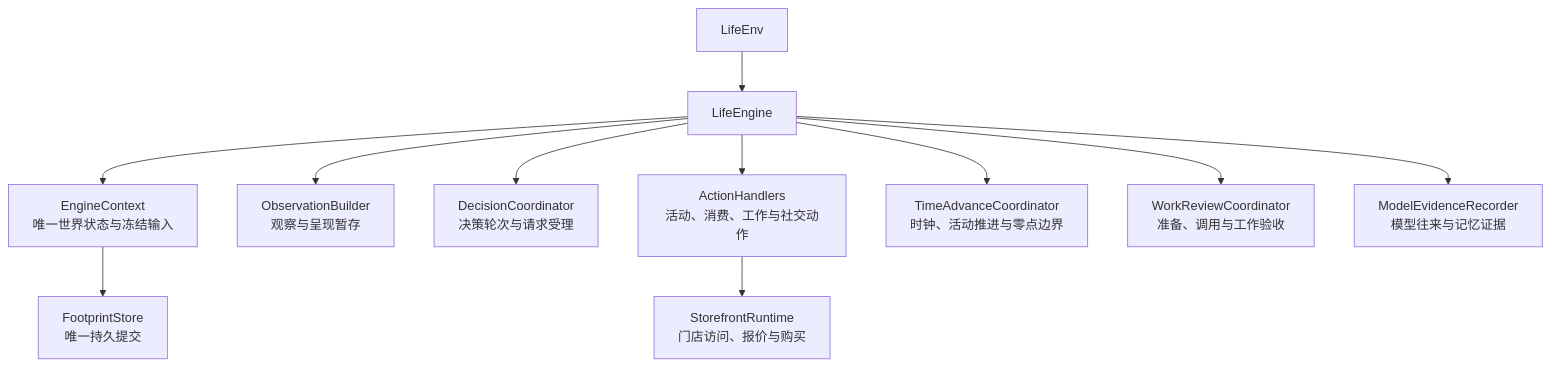
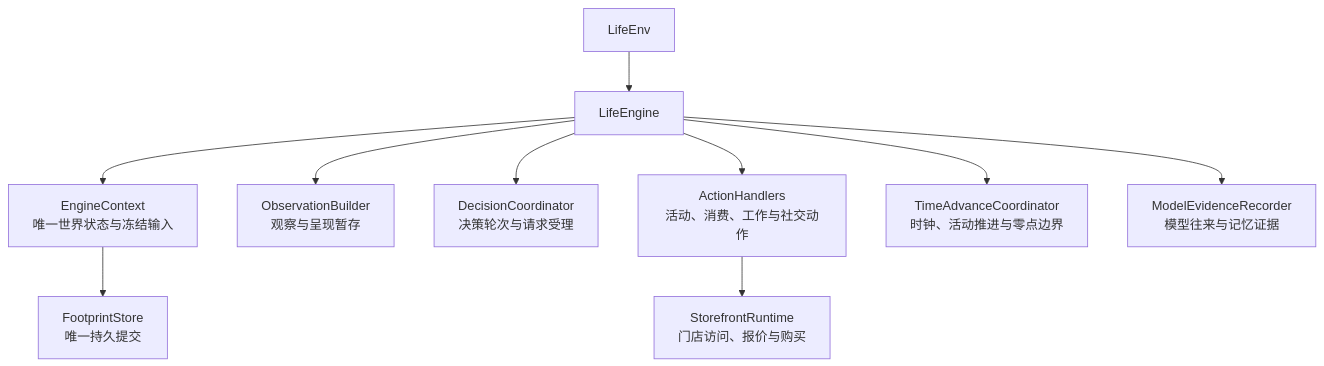
The second of 2 diagrams in docs/dev/SPEC-layering-and-test-tiers.md (HoldThatThgt/WorldMock), drawn with Mermaid before and after one commit. The commit also changed other lines of this file and 236 other files, not shown here.

````diff
--- a/docs/dev/SPEC-layering-and-test-tiers.md
+++ b/docs/dev/SPEC-layering-and-test-tiers.md
@@ -95,13 +97,12 @@
 ```mermaid
 flowchart TB
     ENV[LifeEnv] --> FACADE[LifeEngine]
     FACADE --> CONTEXT[EngineContext<br/>唯一世界状态与冻结输入]
     FACADE --> OBS[ObservationBuilder<br/>观察与呈现暂存]
     FACADE --> DEC[DecisionCoordinator<br/>决策轮次与请求受理]
     FACADE --> ACTION[ActionHandlers<br/>活动、消费、工作与社交动作]
     FACADE --> CLOCK[TimeAdvanceCoordinator<br/>时钟、活动推进与零点边界]
-    FACADE --> WORK[WorkReviewCoordinator<br/>准备、调用与工作验收]
     FACADE --> EVIDENCE[ModelEvidenceRecorder<br/>模型往来与记忆证据]
     ACTION --> STORE[StorefrontRuntime<br/>门店访问、报价与购买]
     CONTEXT --> RECORD[FootprintStore<br/>唯一持久提交]
 ```
````
